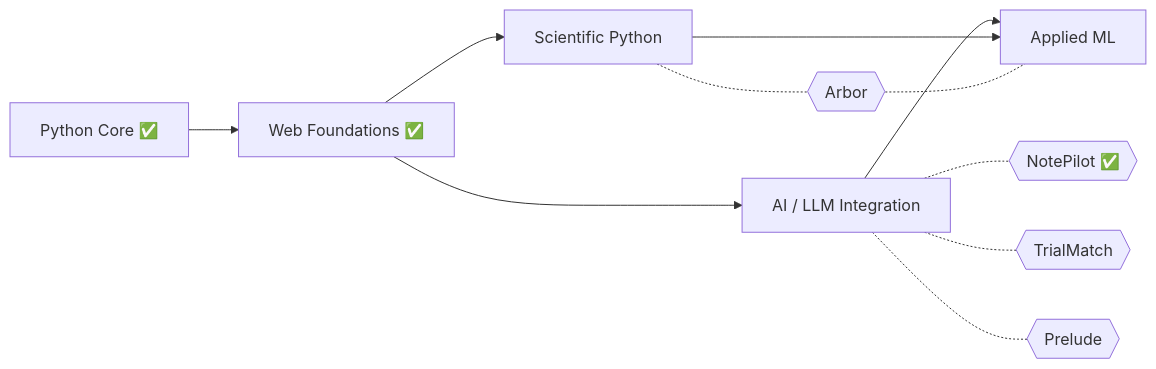
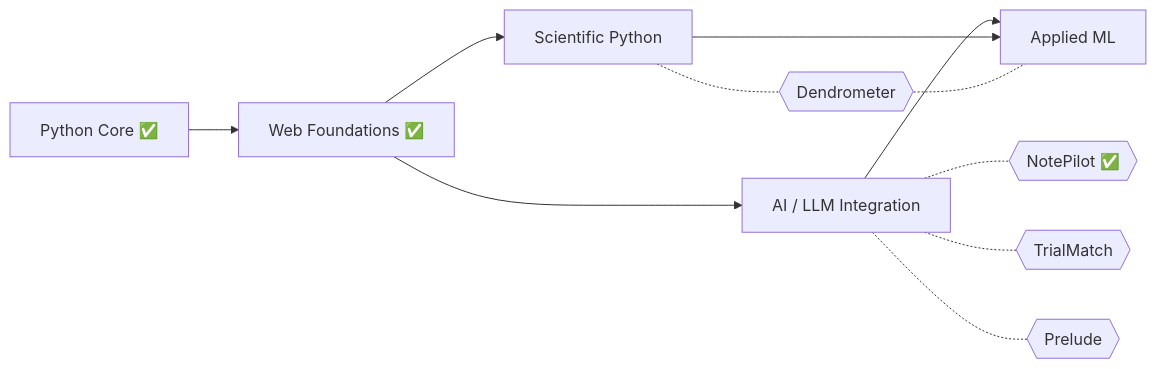
One commit to calvinpatel/code_C.A.L. changed the diagram in ROADMAP.md. Above: the diagram before and after it, drawn with Mermaid. The commit also changed other lines of this file and 1 other file, not shown here.

Commit message:
docs: rename Arbor to Dendrometer and add paper credit

````diff
--- a/ROADMAP.md
+++ b/ROADMAP.md
@@ -35,11 +35,11 @@
 ```mermaid
 flowchart LR
     P1["Python Core ✅"] --> P2["Web Foundations ✅"] --> P3["AI / LLM Integration"] --> P4["Applied ML"]
     P2 --> SP["Scientific Python"] --> P4
     NP{{"NotePilot ✅"}}
     P3 -.- NP
-    SP -.- AR{{"Arbor"}}
+    SP -.- AR{{"Dendrometer"}}
     P3 -.- TM{{"TrialMatch"}}
     P3 -.- PR{{"Prelude"}}
     AR -.- P4
 ```
````
